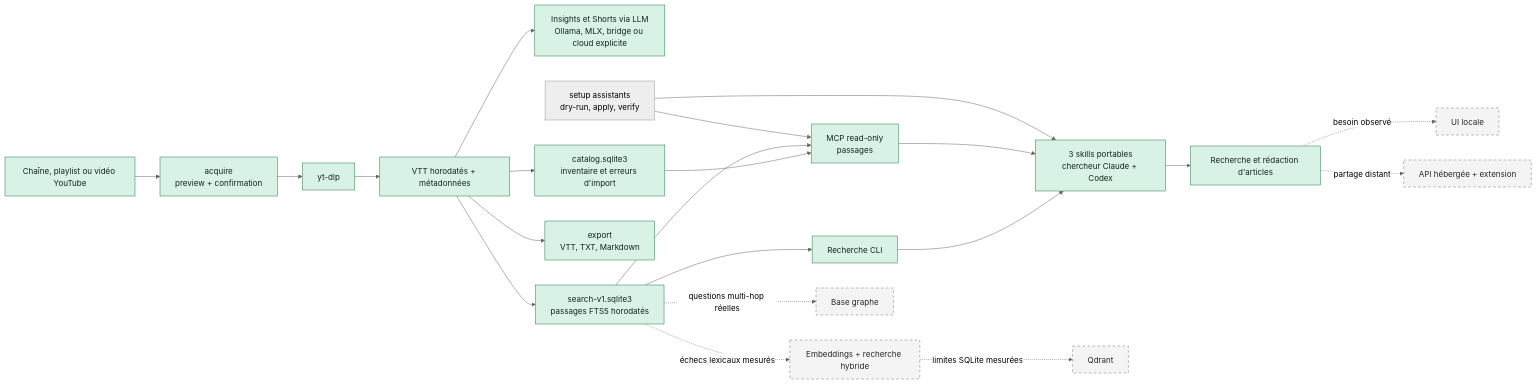
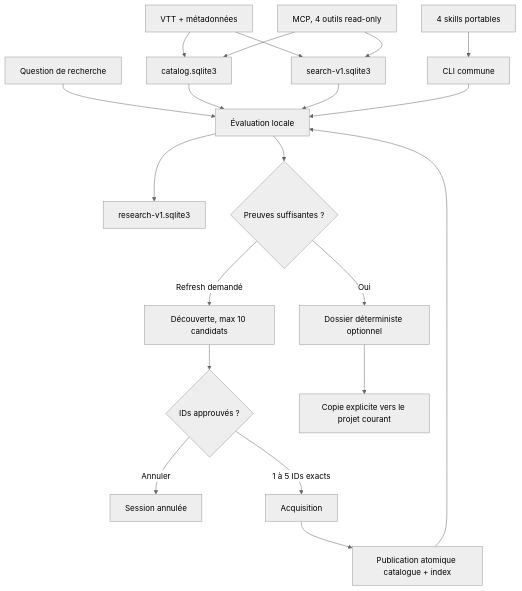
The diagram in docs/IMPLEMENTATION-STATUS.md (FlorianBruniaux/youtube-video-insights), drawn with Mermaid (neutral theme) before and after one commit. The commit also changed other lines of this file and 10 other files, not shown here.

````diff
--- a/docs/IMPLEMENTATION-STATUS.md
+++ b/docs/IMPLEMENTATION-STATUS.md
@@ -21,31 +17,22 @@
 ```mermaid
-flowchart LR
-    YT[Chaîne, playlist ou vidéo YouTube] --> ACQ[acquire<br/>preview + confirmation]
-    ACQ --> DL[yt-dlp]
-    DL --> VTT[VTT horodatés + métadonnées]
-
-    VTT --> LLM[Insights et Shorts via LLM<br/>Ollama, MLX, bridge ou cloud explicite]
-    VTT --> CAT[catalog.sqlite3<br/>inventaire et erreurs d'import]
-    VTT --> IDX[search-v1.sqlite3<br/>passages FTS5 horodatés]
-
-    VTT --> EXP[export<br/>VTT, TXT, Markdown]
-    IDX --> CLI[Recherche CLI]
-    CAT --> MCP[MCP read-only<br/>corpus + vidéos]
-    IDX --> MCP[MCP read-only<br/>passages]
-    CLI --> AGENTS[3 skills portables<br/>chercheur Claude + Codex]
-    MCP --> AGENTS
-    SETUP[setup assistants<br/>dry-run, apply, verify] --> AGENTS
-    SETUP --> MCP
-    AGENTS --> ARTICLE[Recherche et rédaction d'articles]
-
-    ARTICLE -. besoin observé .-> UI[UI locale]
-    ARTICLE -. partage distant .-> HOST[API hébergée + extension]
-    IDX -. échecs lexicaux mesurés .-> HYBRID[Embeddings + recherche hybride]
-    HYBRID -. limites SQLite mesurées .-> QDRANT[Qdrant]
-    IDX -. questions multi-hop réelles .-> GRAPH[Base graphe]
-
-    classDef done fill:#d9f2e6,stroke:#287a4d,color:#10251a;
-    classDef later fill:#f4f4f5,stroke:#71717a,color:#27272a,stroke-dasharray: 5 5;
-    class YT,ACQ,DL,VTT,LLM,CAT,IDX,EXP,CLI,MCP,AGENTS,ARTICLE done;
-    class UI,HOST,HYBRID,QDRANT,GRAPH later;
+flowchart TD
+    U[Question de recherche] --> A[Évaluation locale]
+    VTT[VTT + métadonnées] --> CAT[catalog.sqlite3]
+    VTT --> FTS[search-v1.sqlite3]
+    CAT --> A
+    FTS --> A
+    A --> R[research-v1.sqlite3]
+    A --> Q1{Preuves suffisantes ?}
+    Q1 -->|Oui| OUT[Dossier déterministe optionnel]
+    Q1 -->|Refresh demandé| DISC[Découverte, max 10 candidats]
+    DISC --> Q2{IDs approuvés ?}
+    Q2 -->|Annuler| STOP[Session annulée]
+    Q2 -->|1 à 5 IDs exacts| ACQ[Acquisition]
+    ACQ --> IDX[Publication atomique catalogue + index]
+    IDX --> A
+    OUT --> COPY[Copie explicite vers le projet courant]
+    MCP[MCP, 4 outils read-only] --> CAT
+    MCP --> FTS
+    SKILL[4 skills portables] --> CLI[CLI commune]
+    CLI --> A
 ```
````
